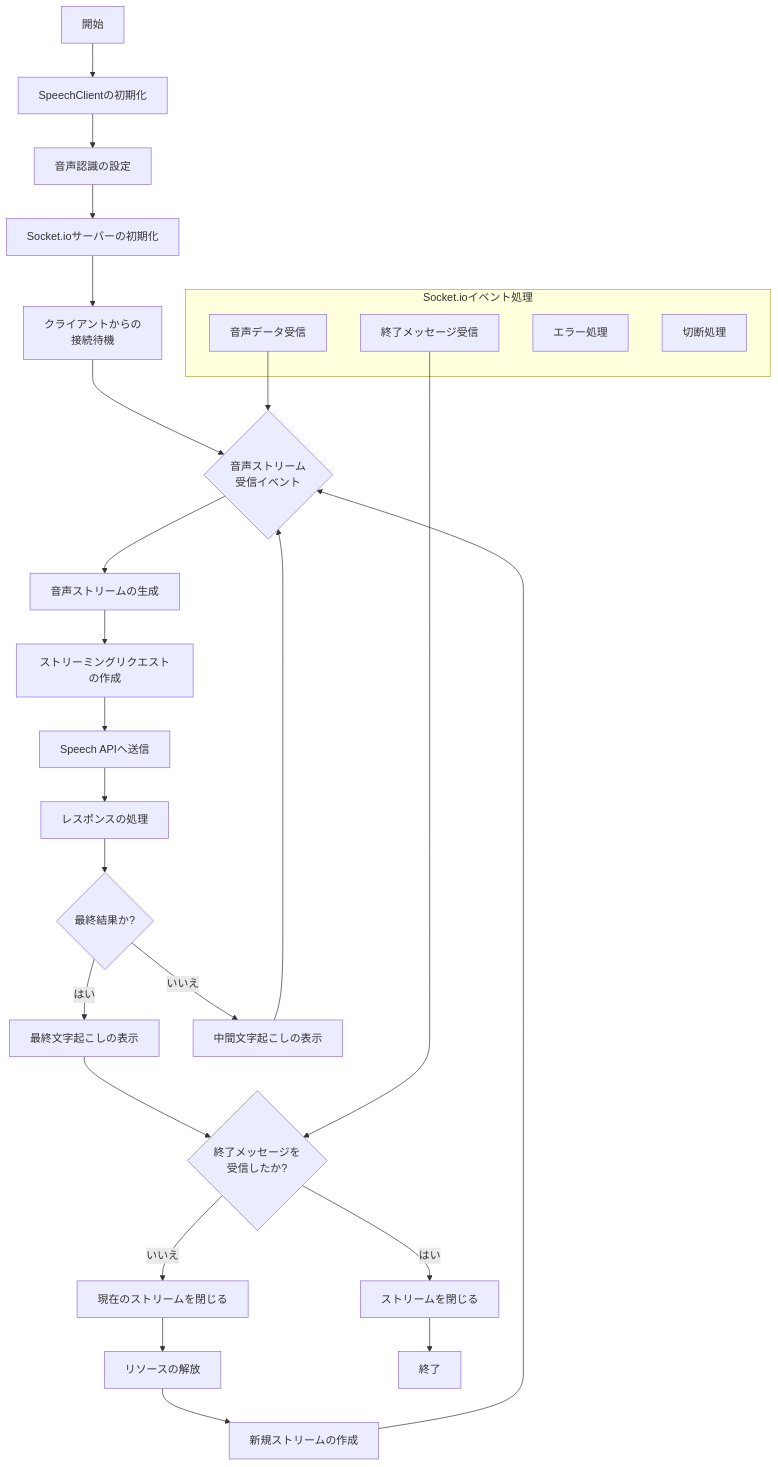
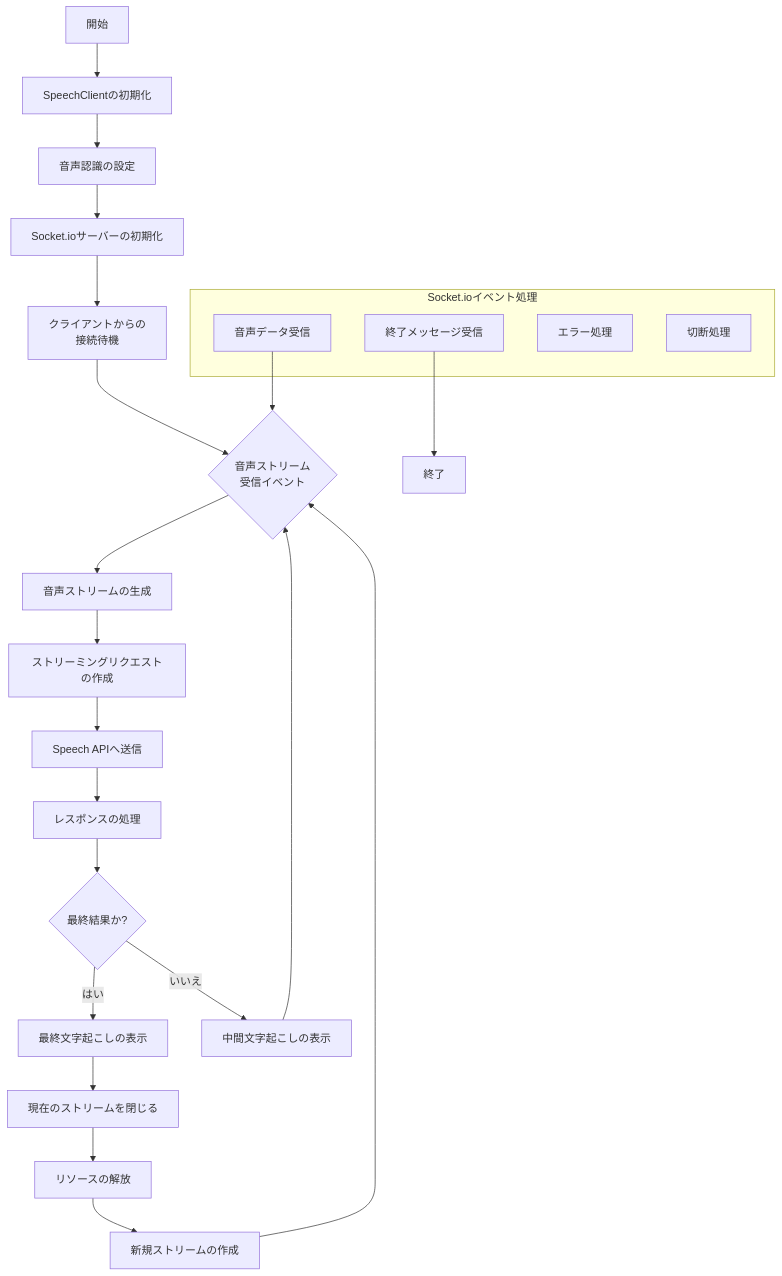
The diagram in docs/transcription-flow.md (nakajima97/real-time-transcription-using-google-speech-to-text-built-with-fastapi-and-next), drawn with Mermaid before and after one commit.

Commit message:
#21 フロー図をより正確にした

````diff
--- a/docs/transcription-flow.md
+++ b/docs/transcription-flow.md
@@ -1,40 +1,37 @@
 ```mermaid
 graph TD
     A[開始] --> B[SpeechClientの初期化]
     B --> C[音声認識の設定]
     C --> D[Socket.ioサーバーの初期化]
     
     D --> E[クライアントからの\n接続待機]
     
     E --> F{音声ストリーム\n受信イベント}
     F --> G[音声ストリームの生成]
     G --> H[ストリーミングリクエストの作成]
     H --> I[Speech APIへ送信]
     I --> J[レスポンスの処理]
     
     J --> K{最終結果か?}
     K -->|はい| L[最終文字起こしの表示]
     K -->|いいえ| M[中間文字起こしの表示]
     
-    L --> N{終了メッセージを\n受信したか?}
-    N -->|はい| O[ストリームを閉じる]
-    N -->|いいえ| P[現在のストリームを閉じる]
+    L --> P[現在のストリームを閉じる]
     P --> Q[リソースの解放]
     Q --> R[新規ストリームの作成]
     
     M --> F
     R --> F
     
     subgraph "Socket.ioイベント処理"
         S[音声データ受信]
         T[終了メッセージ受信]
         U[エラー処理]
         V[切断処理]
     end
     
-    O --> W[終了]
+    T --> W[終了]
     
     %% Socket.ioイベントの関連付け
     S --> F
-    T --> N
 ```
````
